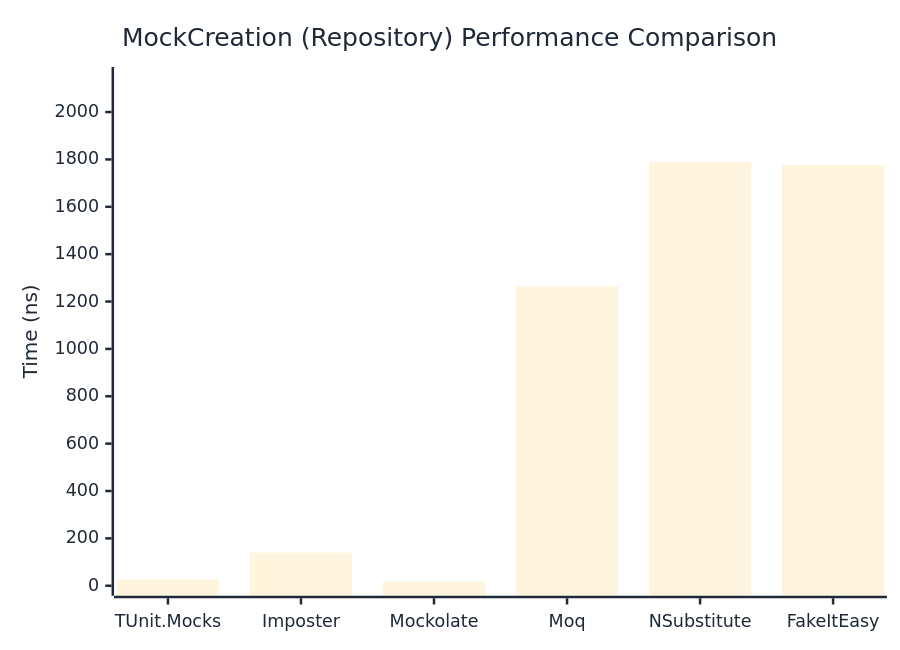
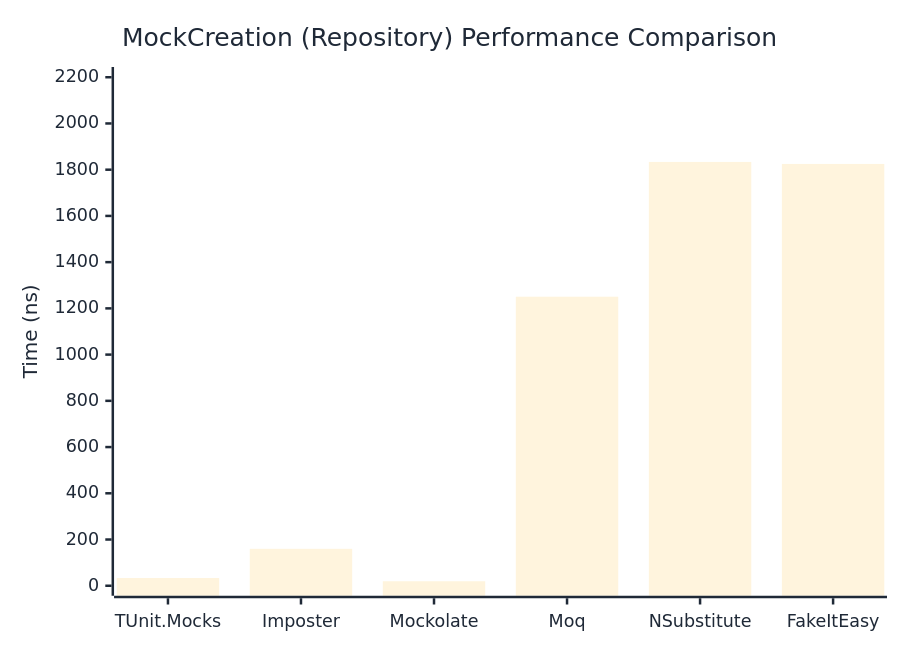
The second of 2 diagrams in docs/docs/benchmarks/mocks/MockCreation.md (thomhurst/TUnit), drawn with Mermaid before and after one commit. The commit also changed other lines of this file and 14 other files, not shown here.

````diff
--- a/docs/docs/benchmarks/mocks/MockCreation.md
+++ b/docs/docs/benchmarks/mocks/MockCreation.md
@@ -71,27 +71,27 @@
 ```mermaid
 %%{init: {
   'theme':'base',
   'themeVariables': {
     'primaryColor': '#2563eb',
     'primaryTextColor': '#1f2937',
     'primaryBorderColor': '#1e40af',
     'lineColor': '#6b7280',
     'secondaryColor': '#7c3aed',
     'tertiaryColor': '#dc2626',
     'background': '#ffffff',
     'pie1': '#2563eb',
     'pie2': '#7c3aed',
     'pie3': '#dc2626',
     'pie4': '#f59e0b',
     'pie5': '#10b981',
     'pie6': '#06b6d4',
     'pie7': '#ec4899',
     'pie8': '#6366f1'
   }
 }}%%
 xychart-beta
   title "MockCreation (Repository) Performance Comparison"
   x-axis ["TUnit.Mocks", "Imposter", "Mockolate", "Moq", "NSubstitute", "FakeItEasy"]
-  y-axis "Time (ns)" 0 --> 2148
-  bar [27.23, 140.33, 16.89, 1264.54, 1789.44, 1776.71]
+  y-axis "Time (ns)" 0 --> 2201
+  bar [33.46, 159.79, 19.44, 1250.46, 1833.54, 1824.89]
 ```
````
